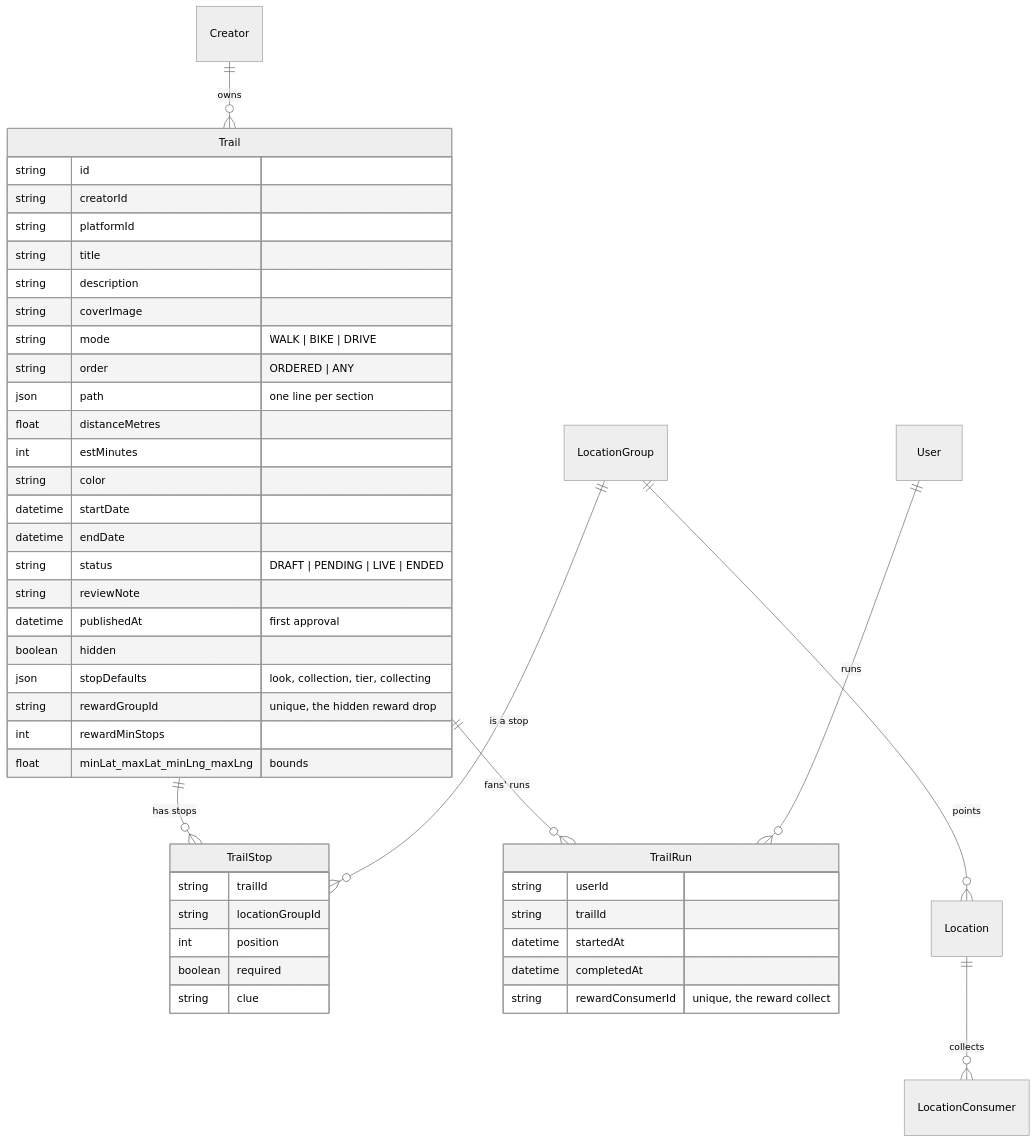
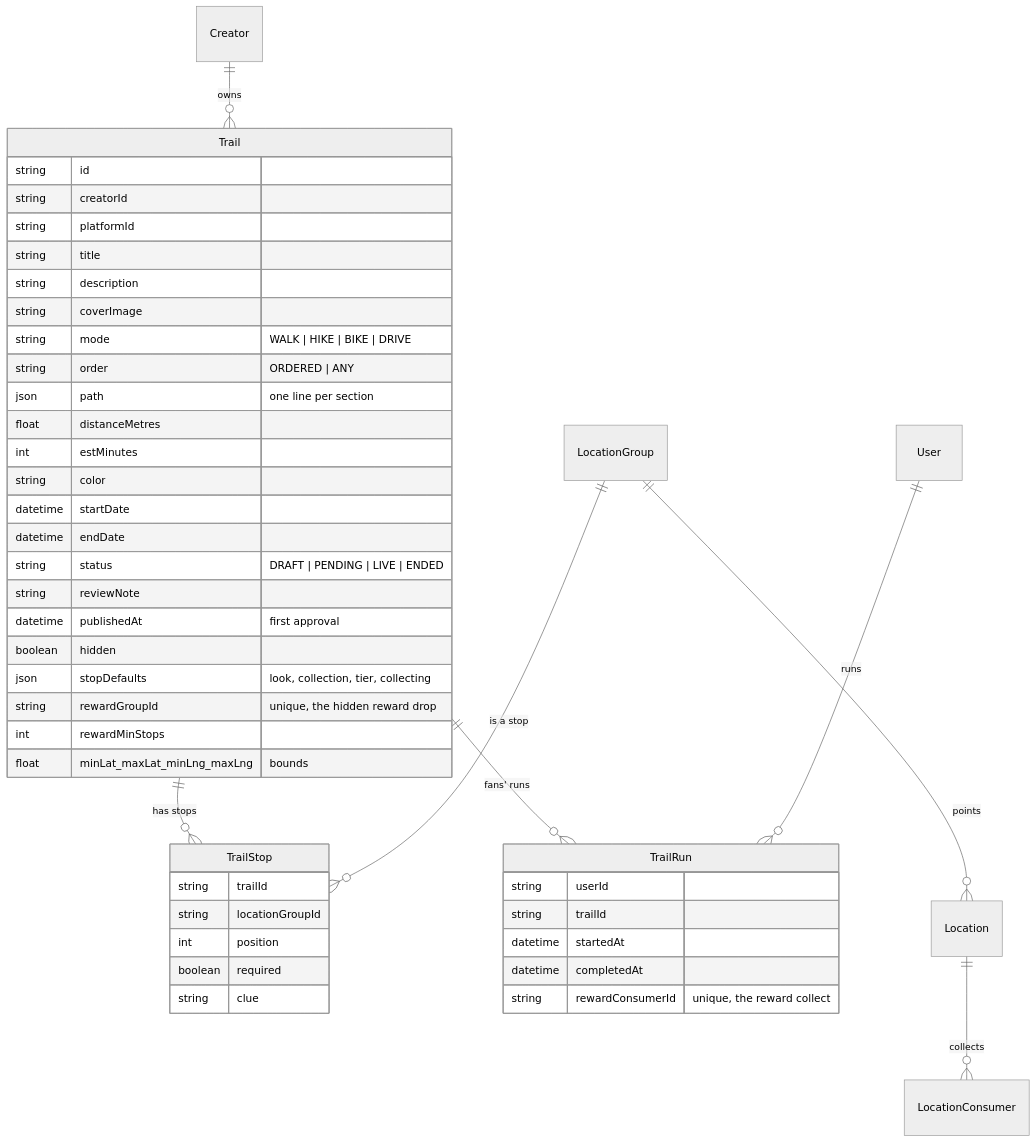
The first of 2 diagrams in docs/trails/data-and-api.md (Wadzzo2023/wadzzo), drawn with Mermaid (neutral theme) before and after one commit. The commit also changed other lines of this file and 45 other files, not shown here.

````diff
--- a/docs/trails/data-and-api.md
+++ b/docs/trails/data-and-api.md
@@ -9,49 +9,49 @@
 ```mermaid
 erDiagram
   Creator ||--o{ Trail : owns
   Trail ||--o{ TrailStop : "has stops"
   Trail ||--o{ TrailRun : "fans' runs"
   LocationGroup ||--o{ TrailStop : "is a stop"
   LocationGroup ||--o{ Location : "points"
   Location ||--o{ LocationConsumer : "collects"
   User ||--o{ TrailRun : runs
 
   Trail {
     string id
     string creatorId
     string platformId
     string title
     string description
     string coverImage
-    string mode "WALK | BIKE | DRIVE"
+    string mode "WALK | HIKE | BIKE | DRIVE"
     string order "ORDERED | ANY"
     json path "one line per section"
     float distanceMetres
     int estMinutes
     string color
     datetime startDate
     datetime endDate
     string status "DRAFT | PENDING | LIVE | ENDED"
     string reviewNote
     datetime publishedAt "first approval"
     boolean hidden
     json stopDefaults "look, collection, tier, collecting"
     string rewardGroupId "unique, the hidden reward drop"
     int rewardMinStops
     float minLat_maxLat_minLng_maxLng "bounds"
   }
   TrailStop {
     string trailId
     string locationGroupId
     int position
     boolean required
     string clue
   }
   TrailRun {
     string userId
     string trailId
     datetime startedAt
     datetime completedAt
     string rewardConsumerId "unique, the reward collect"
   }
 ```
````
